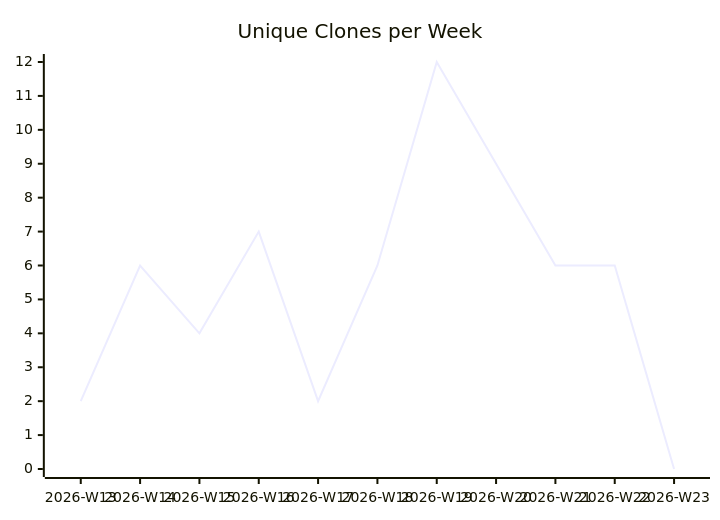
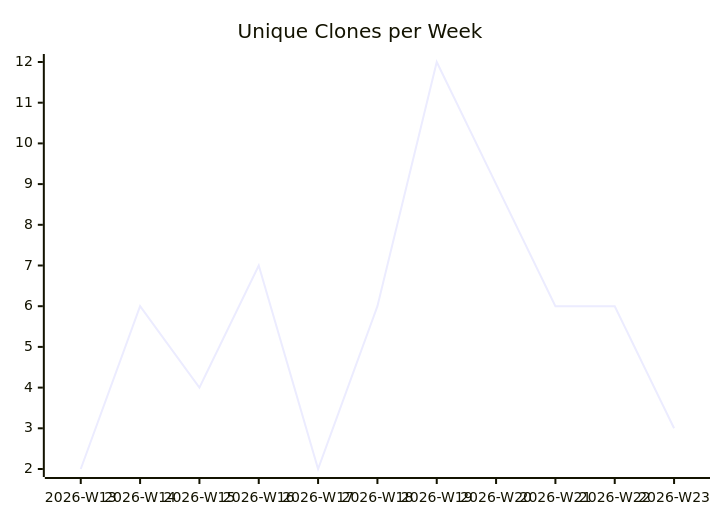
Before and after one commit to justdavis-family/github-analytics-data: the third of 3 diagrams in karlmdavis/obsidian-operator/README.md, drawn with Mermaid. The commit also changed other lines of this file and 189 other files, not shown here.

````diff
--- a/karlmdavis/obsidian-operator/README.md
+++ b/karlmdavis/obsidian-operator/README.md
@@ -19,6 +19,6 @@
 ```mermaid
 xychart-beta
   title "Unique Clones per Week"
   x-axis ["2026-W13", "2026-W14", "2026-W15", "2026-W16", "2026-W17", "2026-W18", "2026-W19", "2026-W20", "2026-W21", "2026-W22", "2026-W23"]
-  line [2, 6, 4, 7, 2, 6, 12, 9, 6, 6, 0]
+  line [2, 6, 4, 7, 2, 6, 12, 9, 6, 6, 3]
 ```
````
